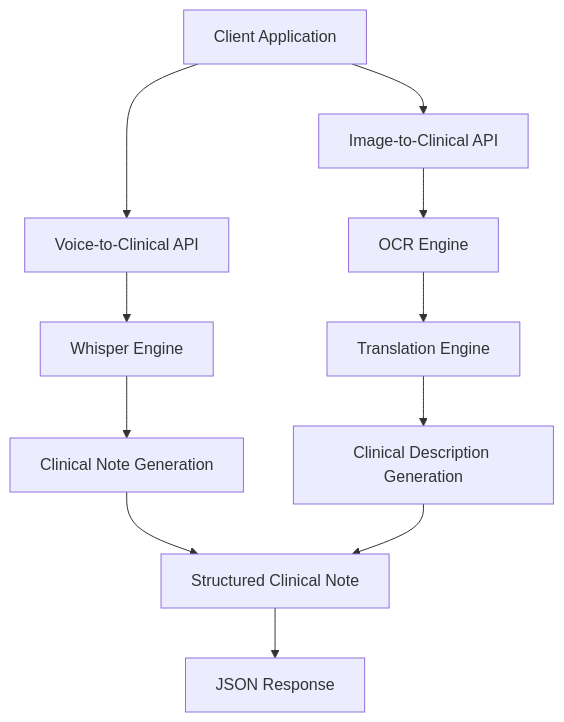
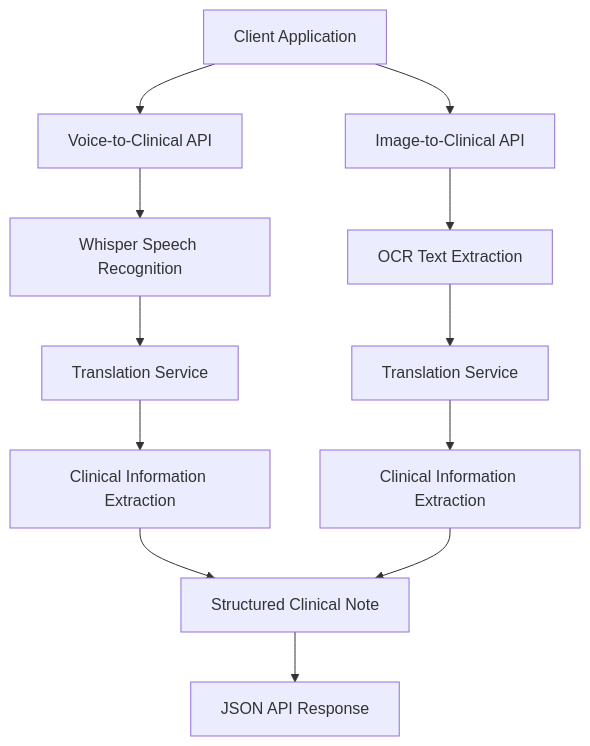
Before and after one commit to rajagowtham0/Week-12: the third of 3 diagrams in README.md, drawn with Mermaid. The commit also changed other lines of this file, not shown here.

Commit message:
updated the system architecture in the readme.md file

````diff
--- a/README.md
+++ b/README.md
@@ -330,20 +332,24 @@
 ```mermaid
 flowchart TB
 
-U[Client Application]
+    A[Client Application]
 
-U --> V[Voice-to-Clinical API]
-U --> I[Image-to-Clinical API]
+    A --> B[Voice-to-Clinical API]
+    A --> C[Image-to-Clinical API]
 
-V --> W[Whisper Engine]
-W --> X[Clinical Note Generation]
+    %% Voice Flow
+    B --> D[Whisper Speech Recognition]
+    D --> E[Translation Service]
+    E --> F[Clinical Information Extraction]
 
-I --> Y[OCR Engine]
-Y --> Z[Translation Engine]
-Z --> A[Clinical Description Generation]
+    %% Image Flow
+    C --> G[OCR Text Extraction]
+    G --> H[Translation Service]
+    H --> I[Clinical Information Extraction]
 
-X --> B[Structured Clinical Note]
-A --> B
+    %% Common Output
+    F --> J[Structured Clinical Note]
+    I --> J
 
-B --> C[JSON Response]
+    J --> K[JSON API Response]
 ```
````
